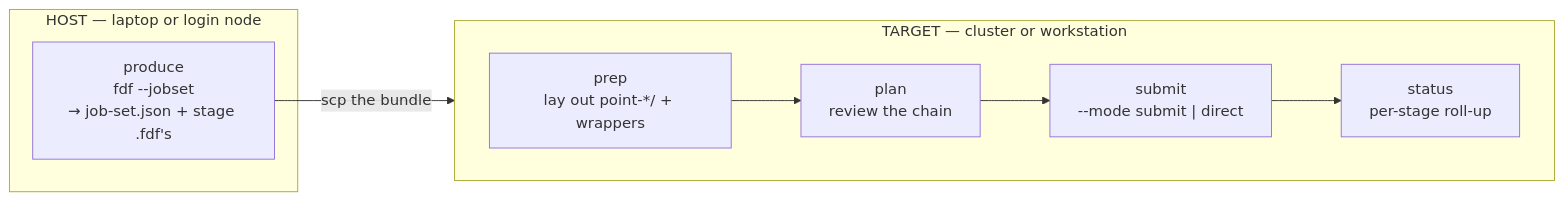
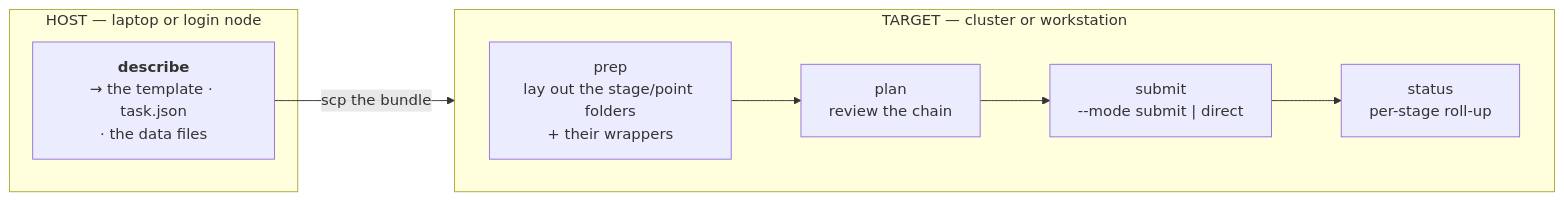
The fifth of 9 diagrams in docs/execution/job-system.md (Qing-LAB/molbuilder), drawn with Mermaid before and after one commit. The commit also changed other lines of this file and 18 other files, not shown here.

````diff
--- a/docs/execution/job-system.md
+++ b/docs/execution/job-system.md
@@ -567,15 +584,15 @@
 ```mermaid
 flowchart LR
     subgraph host["HOST — laptop or login node"]
-      P["produce<br/>fdf --jobset<br/>→ job-set.json + stage .fdf's"]
+      P["<b>describe</b><br/>→ the template · task.json<br/>· the data files"]
     end
     subgraph target["TARGET — cluster or workstation"]
       direction LR
-      PR["prep<br/>lay out point-*/ + wrappers"]
+      PR["prep<br/>lay out the stage/point folders<br/>+ their wrappers"]
       PL["plan<br/>review the chain"]
       SU["submit<br/>--mode submit | direct"]
       ST["status<br/>per-stage roll-up"]
       PR --> PL --> SU --> ST
     end
     P -->|"scp the bundle"| PR
 ```
````
